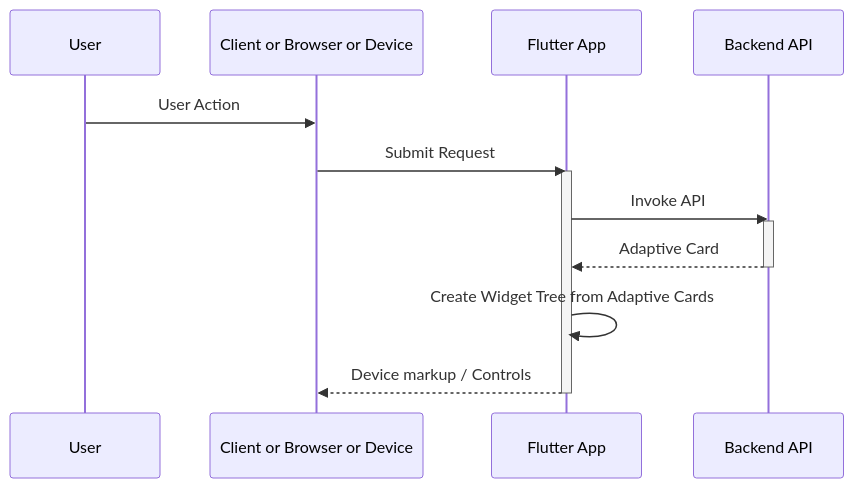
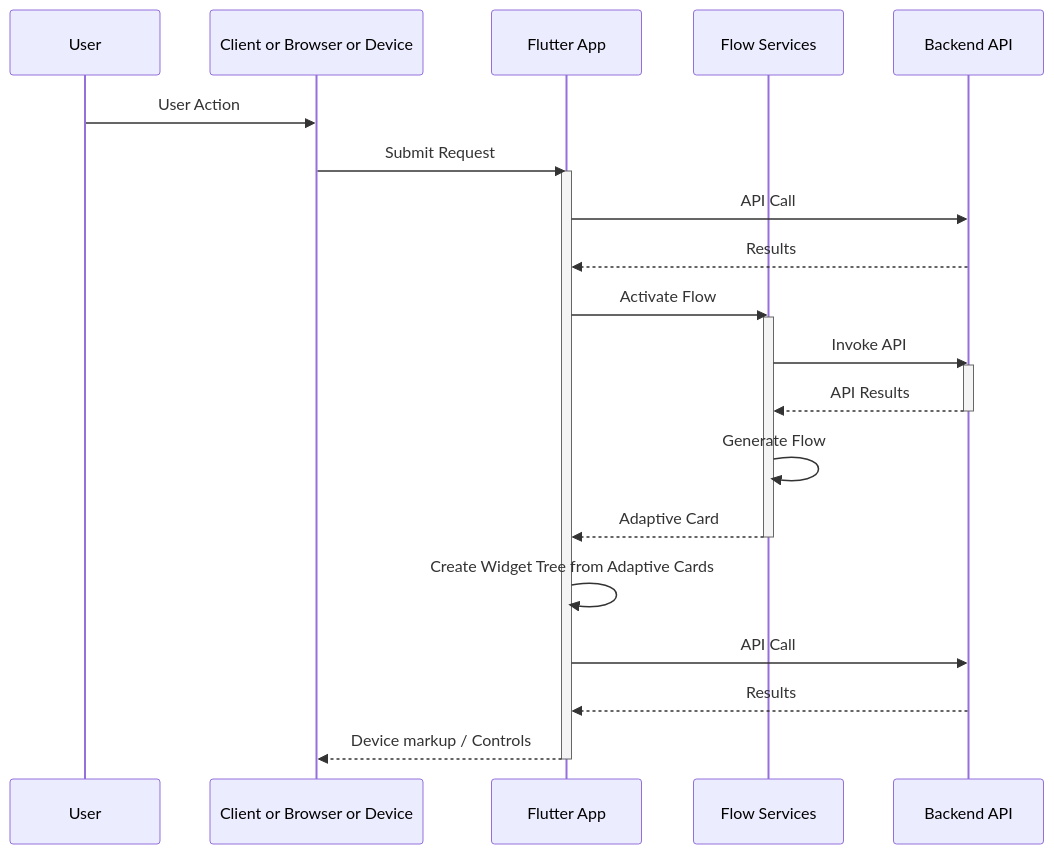
One commit to freemansoft/Flutter-AdaptiveCards changed the diagram in README.md. Above: the diagram before and after it, drawn with Mermaid. The commit also changed other lines of this file, not shown here.

Commit message:
Update sequence diagrfam for talk

````diff
--- a/README.md
+++ b/README.md
@@ -15,18 +15,28 @@
 ```mermaid
 sequenceDiagram
     participant user as User
     participant browser as Client or Browser or Device
     participant flutter-app as Flutter App
+    participant flow-services as Flow Services
     participant remote-site as Backend API
 
     user        ->> browser: User Action
     browser     ->> flutter-app: Submit Request
     activate flutter-app
-    flutter-app ->>  remote-site: Invoke API
+    flutter-app ->> remote-site: API Call
+    remote-site -->> flutter-app: Results
+    flutter-app ->> flow-services: Activate Flow
+    activate flow-services
+    flow-services ->>  remote-site: Invoke API
     activate remote-site
-    remote-site -->> flutter-app: Adaptive Card
+    remote-site -->> flow-services: API Results
     deactivate remote-site
+    flow-services ->>  flow-services: Generate Flow
+    flow-services -->> flutter-app: Adaptive Card
+    deactivate flow-services
     flutter-app ->>  flutter-app: Create Widget Tree from Adaptive Cards
+    flutter-app ->> remote-site: API Call
+    remote-site -->> flutter-app: Results
     flutter-app -->> browser: Device markup / Controls
     deactivate flutter-app
 ```
````
